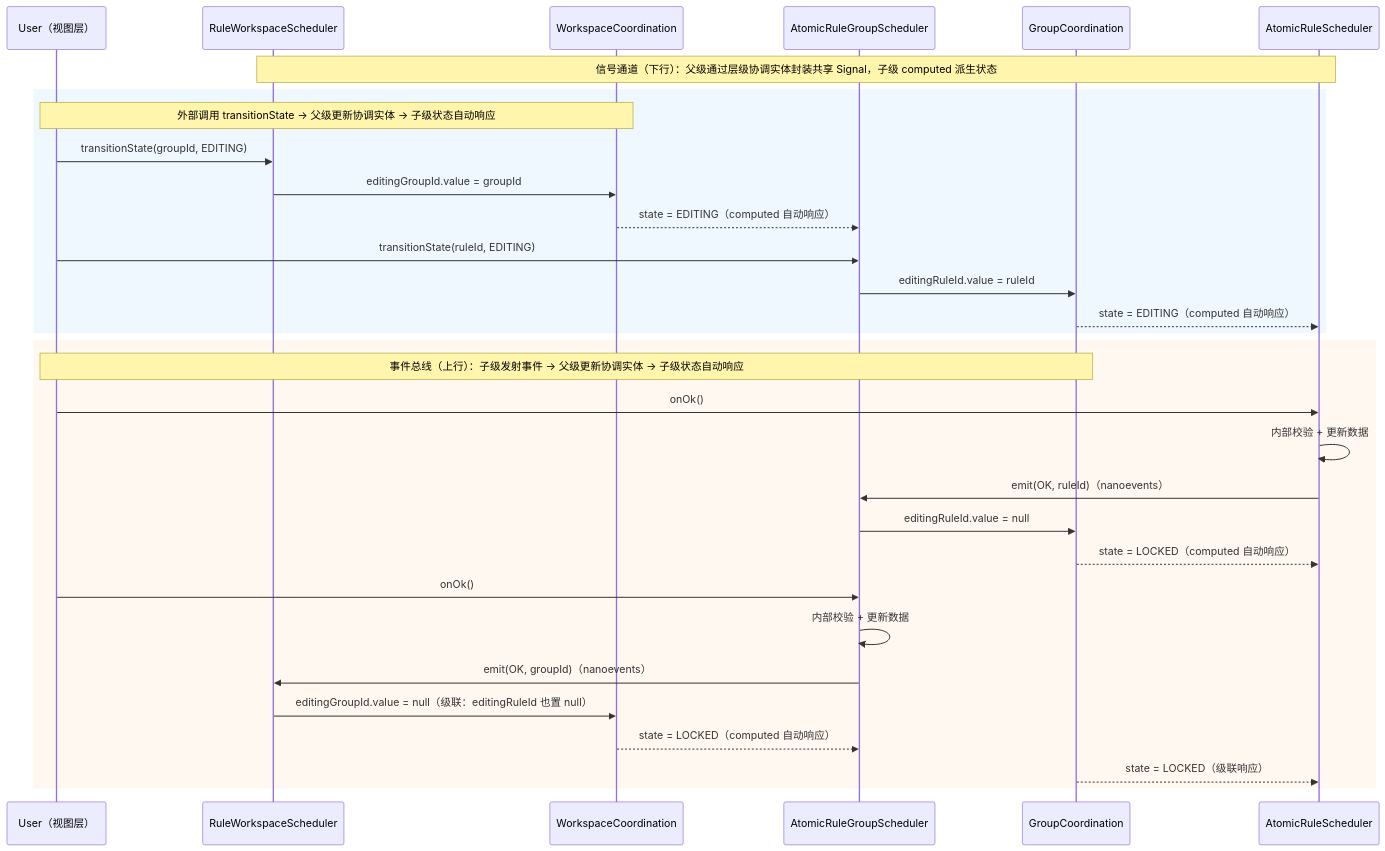
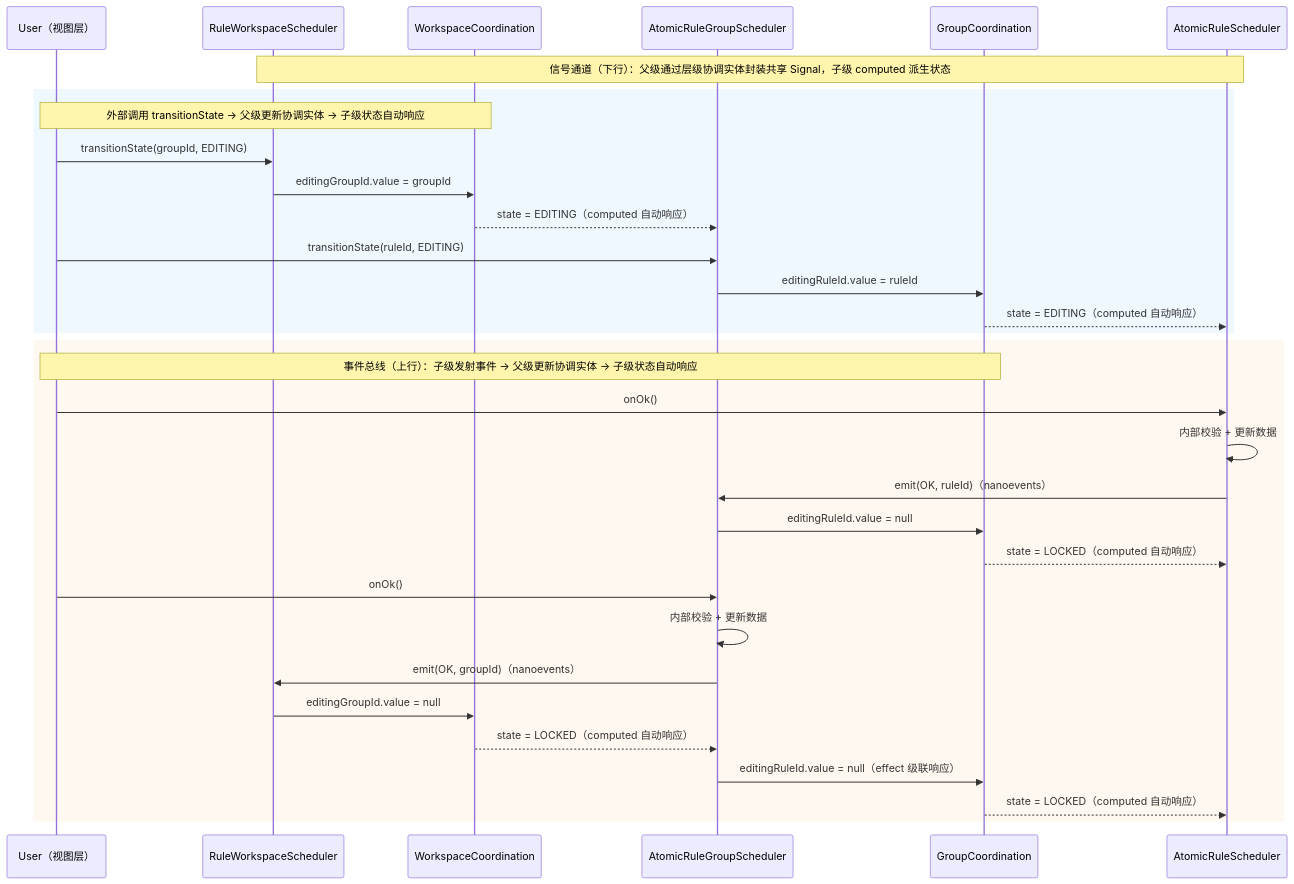
Before and after one commit to huang-xiao-jian/themis: the fourth of 4 diagrams in specs/core/application.md, drawn with Mermaid. The commit also changed other lines of this file and 3 other files, not shown here.

````diff
--- a/specs/core/application.md
+++ b/specs/core/application.md
@@ -330,38 +326,39 @@
 ```mermaid
 sequenceDiagram
   participant U as User（视图层）
   participant WS as RuleWorkspaceScheduler
   participant WC as WorkspaceCoordination
   participant G as AtomicRuleGroupScheduler
   participant GC as GroupCoordination
   participant R as AtomicRuleScheduler
 
   Note over WS, R: 信号通道（下行）：父级通过层级协调实体封装共享 Signal，子级 computed 派生状态
 
   rect rgb(240, 248, 255)
     Note over U, WC: 外部调用 transitionState → 父级更新协调实体 → 子级状态自动响应
     U->>WS: transitionState(groupId, EDITING)
     WS->>WC: editingGroupId.value = groupId
     WC-->>G: state = EDITING（computed 自动响应）
 
     U->>G: transitionState(ruleId, EDITING)
     G->>GC: editingRuleId.value = ruleId
     GC-->>R: state = EDITING（computed 自动响应）
   end
 
   rect rgb(255, 248, 240)
     Note over U, GC: 事件总线（上行）：子级发射事件 → 父级更新协调实体 → 子级状态自动响应
     U->>R: onOk()
     R->>R: 内部校验 + 更新数据
     R->>G: emit(OK, ruleId)（nanoevents）
     G->>GC: editingRuleId.value = null
     GC-->>R: state = LOCKED（computed 自动响应）
 
     U->>G: onOk()
     G->>G: 内部校验 + 更新数据
     G->>WS: emit(OK, groupId)（nanoevents）
-    WS->>WC: editingGroupId.value = null（级联：editingRuleId 也置 null）
+    WS->>WC: editingGroupId.value = null
     WC-->>G: state = LOCKED（computed 自动响应）
-    GC-->>R: state = LOCKED（级联响应）
+    G->>GC: editingRuleId.value = null（effect 级联响应）
+    GC-->>R: state = LOCKED（computed 自动响应）
   end
 ```
````
